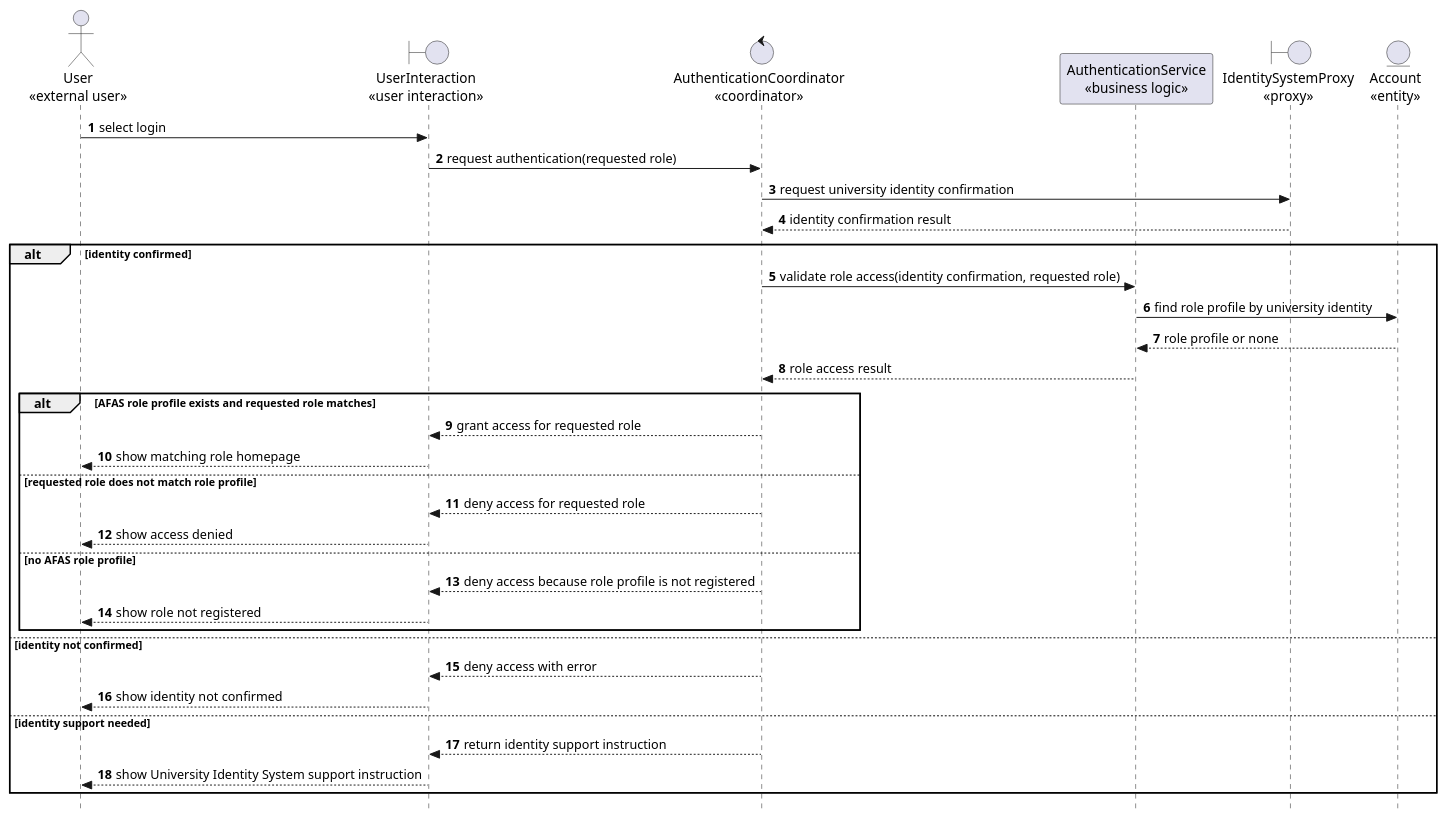
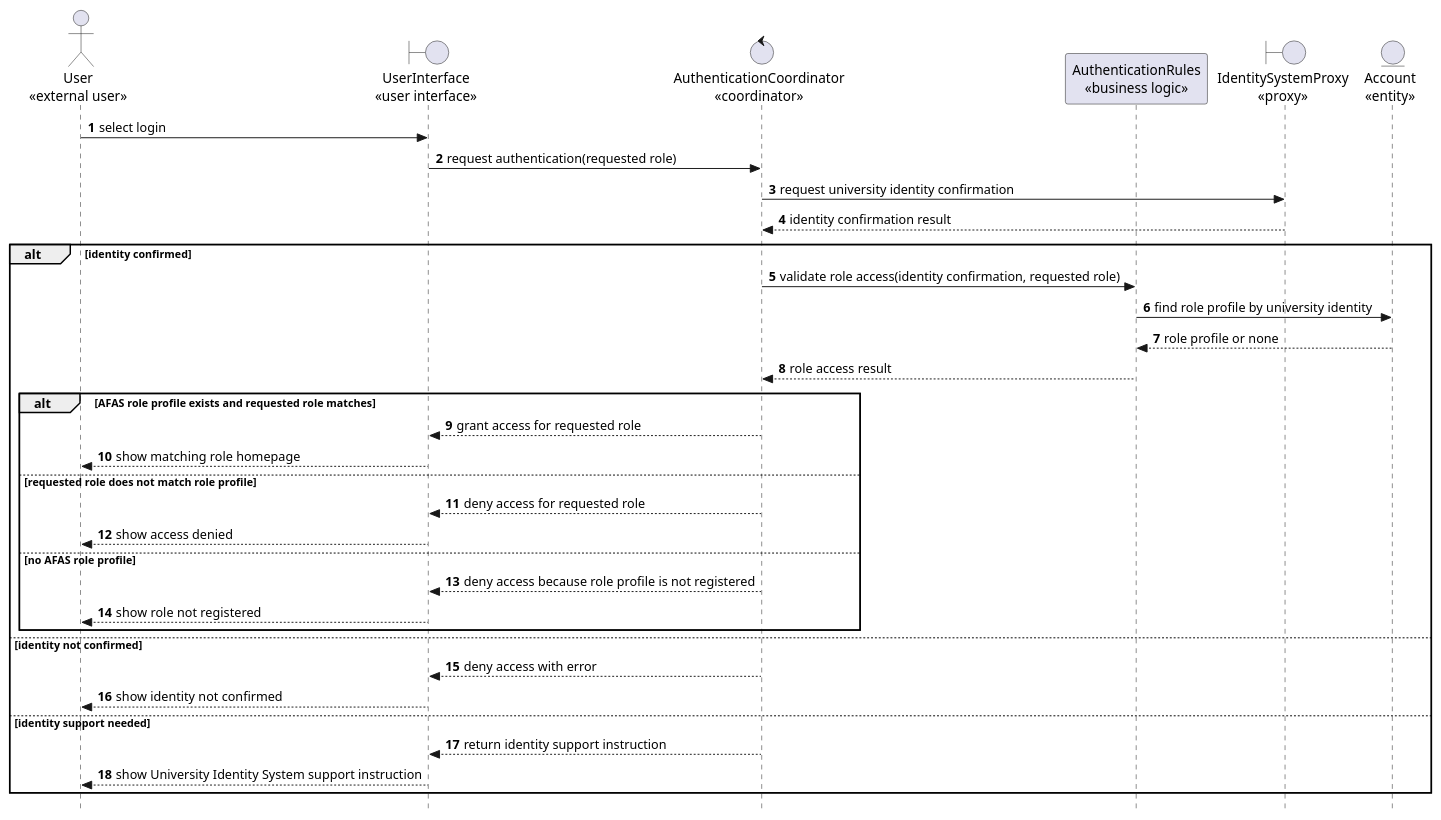
One commit to nttung42/SWD392 changed the seventh of 26 diagrams in docs/rds/2_Analysis.md. Above: the diagram before and after it, drawn with PlantUML. The commit also changed other lines of this file and 1 other file, not shown here.

````diff
--- a/docs/rds/2_Analysis.md
+++ b/docs/rds/2_Analysis.md
@@ -312,41 +312,41 @@
 ```plantuml
 @startuml
 skinparam style strictuml
 autonumber
 actor "User\n«external user»" as User
-boundary "UserInteraction\n«user interaction»" as AccessUI
+boundary "UserInterface\n«user interface»" as AccessUI
 control "AuthenticationCoordinator\n«coordinator»" as AuthControl
-participant "AuthenticationService\n«business logic»" as AuthRules
+participant "AuthenticationRules\n«business logic»" as AuthRules
 boundary "IdentitySystemProxy\n«proxy»" as UISInterface
 entity "Account\n«entity»" as Account
 
 User -> AccessUI : select login
 AccessUI -> AuthControl : request authentication(requested role)
 
 AuthControl -> UISInterface : request university identity confirmation
 UISInterface --> AuthControl : identity confirmation result
 
 alt identity confirmed
   AuthControl -> AuthRules : validate role access(identity confirmation, requested role)
   AuthRules -> Account : find role profile by university identity
   Account --> AuthRules : role profile or none
   AuthRules --> AuthControl : role access result
   alt AFAS role profile exists and requested role matches
     AuthControl --> AccessUI : grant access for requested role
     AccessUI --> User : show matching role homepage
   else requested role does not match role profile
     AuthControl --> AccessUI : deny access for requested role
     AccessUI --> User : show access denied
   else no AFAS role profile
     AuthControl --> AccessUI : deny access because role profile is not registered
     AccessUI --> User : show role not registered
   end
 else identity not confirmed
   AuthControl --> AccessUI : deny access with error
   AccessUI --> User : show identity not confirmed
 else identity support needed
   AuthControl --> AccessUI : return identity support instruction
   AccessUI --> User : show University Identity System support instruction
 end
 @enduml
 ```
````
